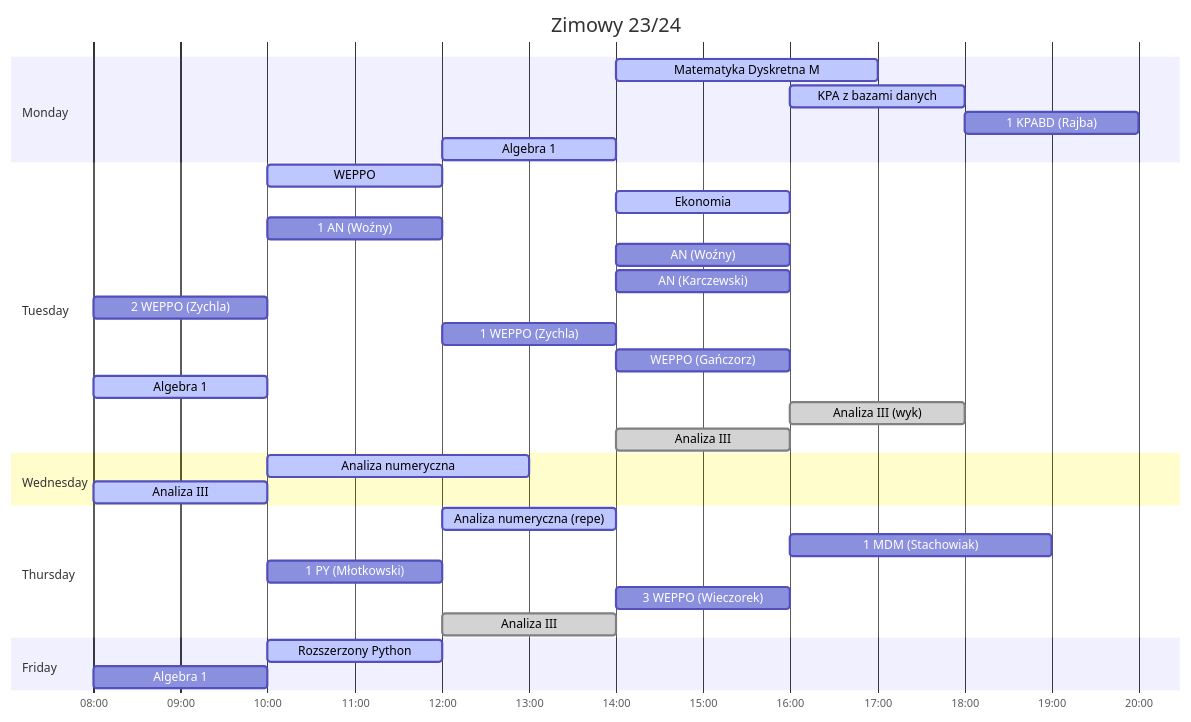
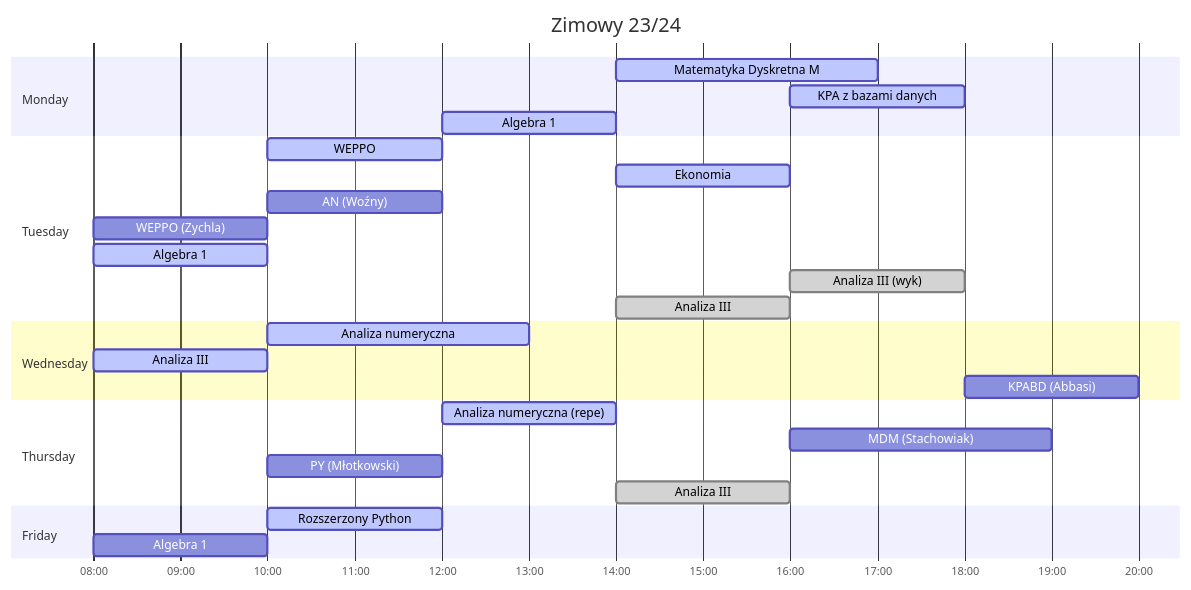
One commit to PatrykFlama/UWr changed the third of 3 diagrams in README.md. Above: the diagram before and after it, drawn with Mermaid. The commit also changed other lines of this file, not shown here.

````diff
--- a/README.md
+++ b/README.md
@@ -178,64 +104,42 @@
 ```mermaid
 gantt
     title Zimowy 23/24
     dateFormat HH
     axisFormat %H:%M
 
     section Monday
         Matematyka Dyskretna M          : active, 14, 17
         KPA z bazami danych             : active, 16, 18
 
-        1 KPABD (Rajba)                   : 18, 20
-
         Algebra 1                       : active, 12, 14
 
     section Tuesday
         WEPPO                           : active, 10, 12
         Ekonomia                        : active, 14, 16
 
-        1 AN (Woźny)                      : 10, 12
-        AN (Woźny)                      : 14, 16
-        %% AN (Nowak)                      : 10, 12
-        %% AN (Nowak)                      : 12, 14
-        AN (Karczewski)                 : 14, 16
-        %%% 2 AN (Karczewski)                 : 16, 18
-        %%% 2 KPABD (Abbasi)                  : 18, 20
-        %% PY (Balcer)                     : 10, 12
-        %% PY (Piróg)                      : 12, 14
-        2 WEPPO (Zychla)                  : 08, 10
-        1 WEPPO (Zychla)                  : 12, 14
-        WEPPO (Gańczorz)                : 14, 16
+        AN (Woźny)                      : 10, 12
+        WEPPO (Zychla)                  : 08, 10
 
         Algebra 1                       : active, 08, 10
         Analiza III (wyk)               : done, 16, 18
         Analiza III                     : done, 14, 16
 
     section Wednesday
         Analiza numeryczna              : active, 10, 13
         Analiza III                     : active, done, 08, 10
 
-        %%% 2 MDM (Jeż)                       : 14, 17
-        %%% 3 KPABD (Abbasi)                  : 18, 20
-        %% PY (Adamczyk)                   : 08, 10
-        %% WEPPO (Wieczorek)               : 14, 16
+        KPABD (Abbasi)                  : 18, 20
 
     section Thursday
         Analiza numeryczna (repe)       : active, 12, 14
 
-        1 MDM (Stachowiak)              : 16, 19
-        %%% MDM (Dudek)                     : 16, 19
-        1 PY (Młotkowski)                 : 10, 12
-        %%% 2 PY (Młotkowski)                 : 08, 10
-        %% PY (Słupiński)                  : 18, 20
-        3 WEPPO (Wieczorek)               : 14, 16
+        MDM (Stachowiak)              : 16, 19
+        PY (Młotkowski)                 : 10, 12
 
-        Analiza III                     : done, 12, 14
+        Analiza III                     : done, 14, 16
 
     section Friday
         Rozszerzony Python              : active, 10, 12
 
-        %%% 3 PY (Młotkowski)                 : 08, 10
-        % WEPPO (Gańczorz)                : 10, 12
-
         Algebra 1                       : 08, 10
 ```
````
